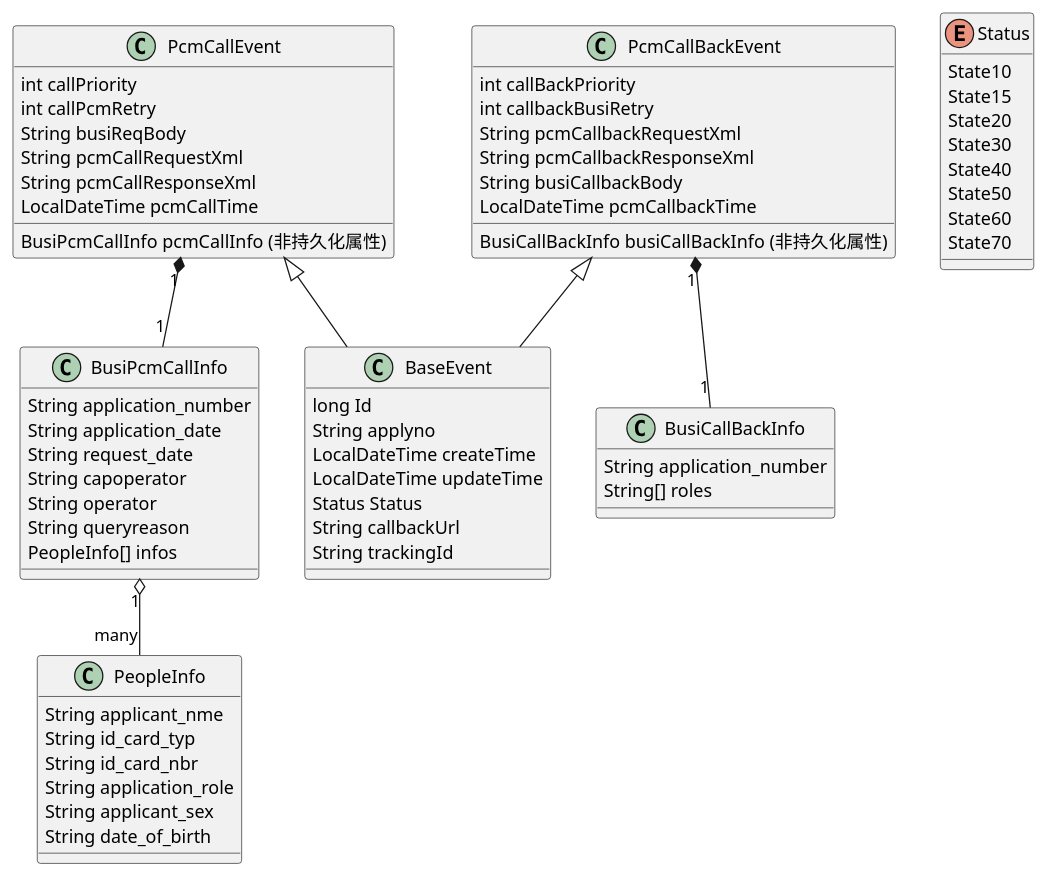
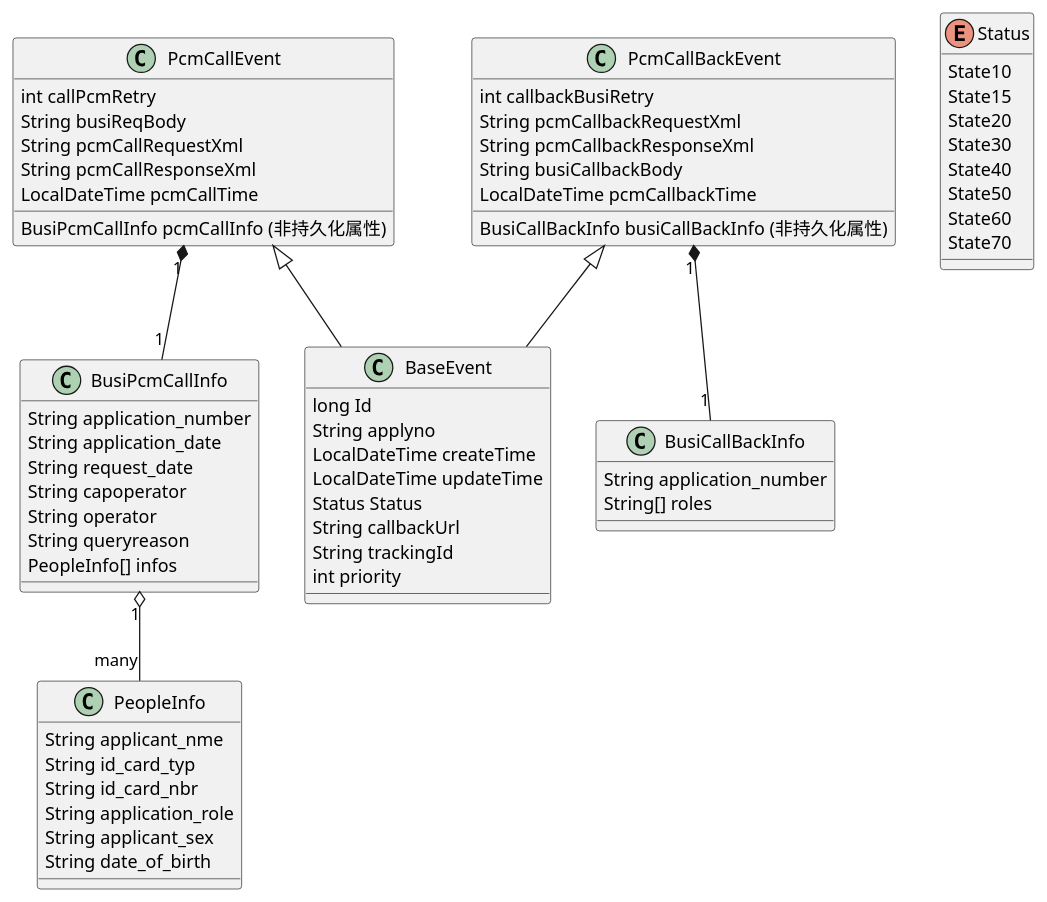
One commit to 0xff1234/xiaoshujiang changed the fourth of 4 diagrams in PcmDispatcher设计文档.md. Above: the diagram before and after it, drawn with PlantUML. The commit also changed other lines of this file, not shown here.

````diff
--- a/PcmDispatcher设计文档.md
+++ b/PcmDispatcher设计文档.md
@@ -146,75 +146,74 @@
 ``` plantuml!
 @startuml
 class BaseEvent {
   long Id
   String applyno
   LocalDateTime createTime
   LocalDateTime updateTime
   Status Status
   String callbackUrl
   String trackingId
+  int priority
 }
 
 class PcmCallEvent {
-  int callPriority
   int callPcmRetry
   String busiReqBody
   String pcmCallRequestXml
   String pcmCallResponseXml
   LocalDateTime pcmCallTime
   BusiPcmCallInfo pcmCallInfo (非持久化属性)
 }
 
 class PcmCallBackEvent {
-  int callBackPriority
   int callbackBusiRetry
   String pcmCallbackRequestXml
   String pcmCallbackResponseXml
   String busiCallbackBody
   LocalDateTime pcmCallbackTime
   BusiCallBackInfo busiCallBackInfo (非持久化属性)
 }
 
 class BusiCallBackInfo{
   String application_number
   String[] roles 
 }
 
 class BusiPcmCallInfo{
   String application_number
   String application_date
   String request_date
   String capoperator
   String operator
   String queryreason
   PeopleInfo[] infos 
 }
 
 class PeopleInfo{
   String applicant_nme
   String id_card_typ
   String id_card_nbr
   String application_role
   String applicant_sex
   String date_of_birth
 }
 
 BusiPcmCallInfo "1" o-- "many" PeopleInfo
 PcmCallEvent <|-- BaseEvent
 PcmCallEvent "1" *-- "1" BusiPcmCallInfo
 
 PcmCallBackEvent <|-- BaseEvent
 PcmCallBackEvent "1" *-- "1" BusiCallBackInfo
 
 enum Status {
   State10
   State15
   State20
   State30
   State40
   State50
   State60
   State70
 }
 @enduml
 ```
````
